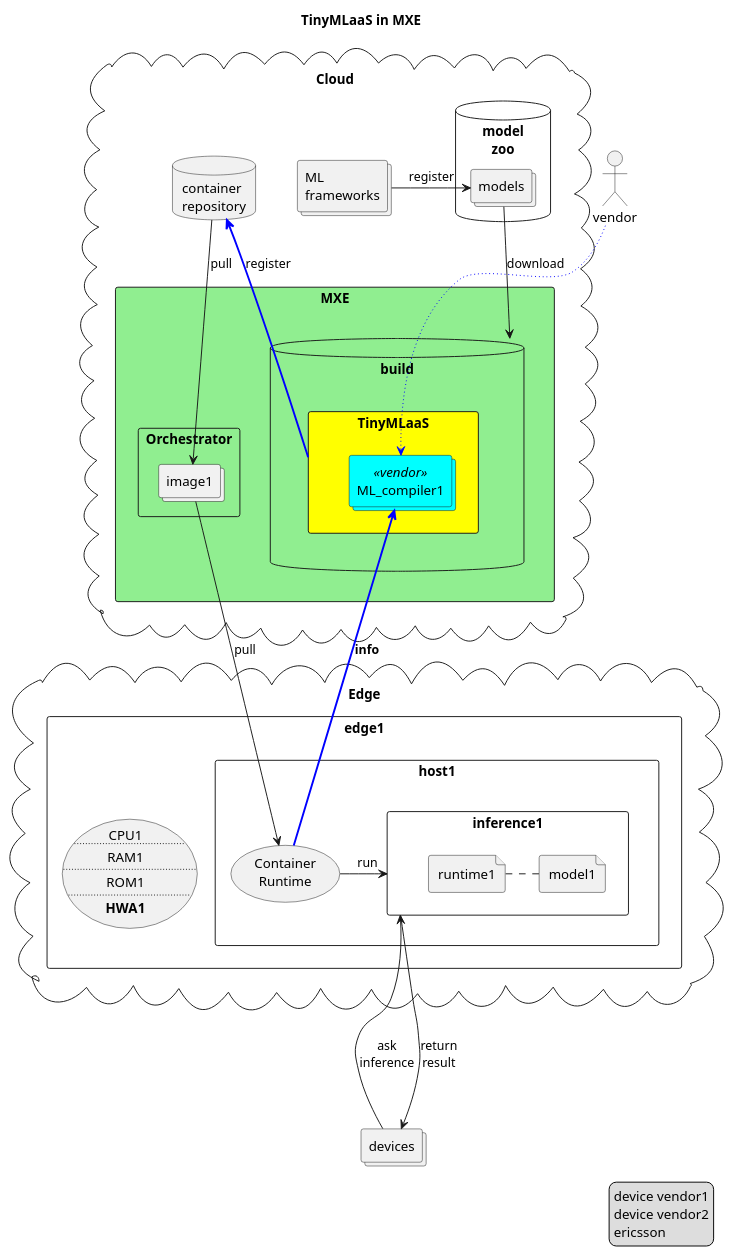
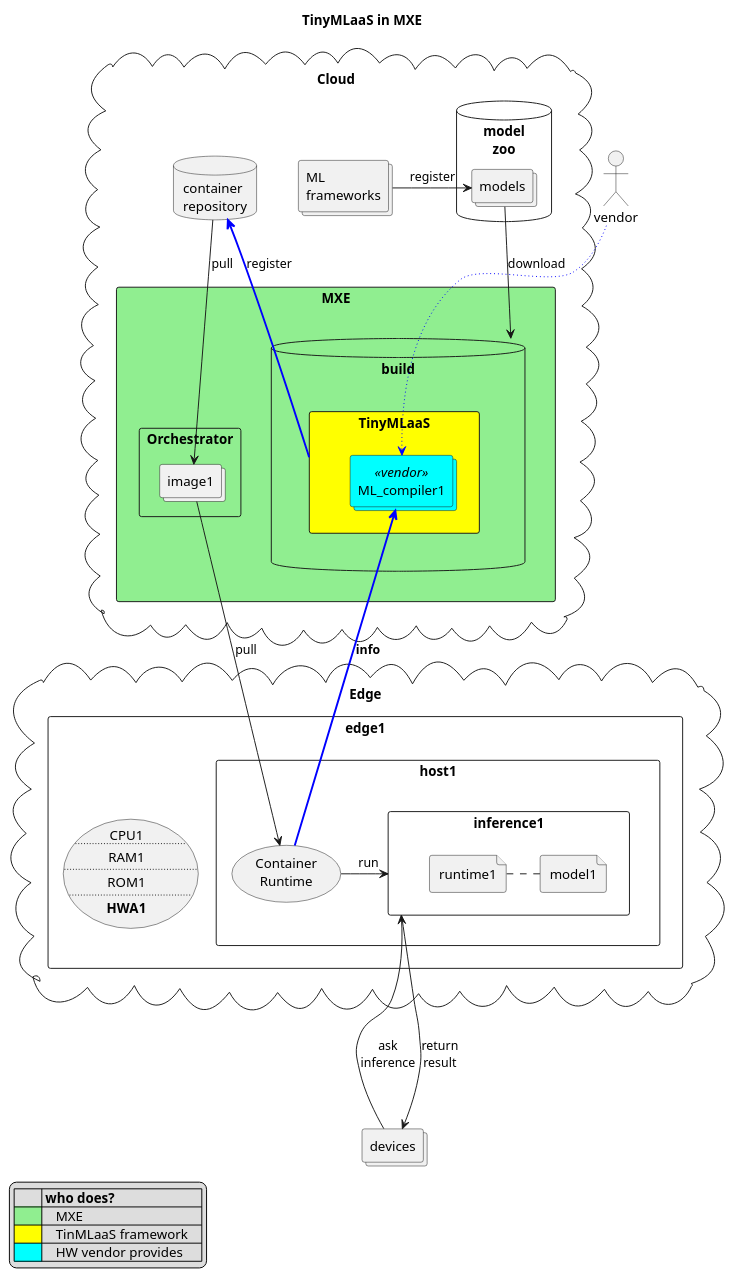
One commit to doyu/elc2019 changed the diagram in mxe.puml. Above: the diagram before and after it, drawn with PlantUML.

Commit message:
add legend at mxe

```diff
--- a/mxe.puml
+++ b/mxe.puml
@@ -1,78 +1,78 @@
 @startuml
 
 title TinyMLaaS in MXE
 
 actor vendor
 
 cloud Cloud {
         collections "ML\nframeworks" as mlf
         database model\nzoo {
                 collections models
         }
         database "container\nrepository" as container_repository
         mlf -left-> models : register
 
        Rectangle MXE #lightgreen {
 		database build {
                 	rectangle TinyMLaaS #yellow {
                 	        collections ML_compiler1 <<vendor>> #Aqua
 
 				vendor -[#blue,dotted]down-> ML_compiler1
                 	}
 		}
                 rectangle Orchestrator {
                         collections image1
                 }
                 TinyMLaaS -[#blue,bold]> container_repository : register
 	        build <-up- models : download
         }
 
 }
 
 'note top of MXE
 'MXE:
 '- Build server
 '- Orchestrator
 '- Container registory?
 'end note
 
 cloud Edge {
         container_repository -down-> image1 : pull
 
         rectangle edge1 {
                 rectangle host1 {
                         (Container\nRuntime) as containerd
                         rectangle inference1 {
                                 file model1
                                 file runtime1
                                 runtime1 .right. model1
                         }
                 }
                 usecase HW1 as "CPU1
                         ..
                         RAM1
                         ..
                         ROM1
                         ..
                         **HWA1**"
         }
 
         containerd -[#blue,bold]up-> ML_compiler1 : **info**
         image1 -down-> containerd : pull
         containerd -> inference1 : run
 }
 
 collections devices
 
 devices -up-> inference1 : ask\ninference
 devices <-up-- inference1 : return\nresult
 
 
-legend bottom right
-device vendor1
-device vendor2
-ericsson
+legend left
+|= |= who does? |
+|<back:lightgreen>        </back>|    MXE    |
+|<back:yellow>        </back>|    TinMLaaS framework    |
+|<back:aqua>        </back>|    HW vendor provides    |
 end legend
 
-
 @enduml
```
